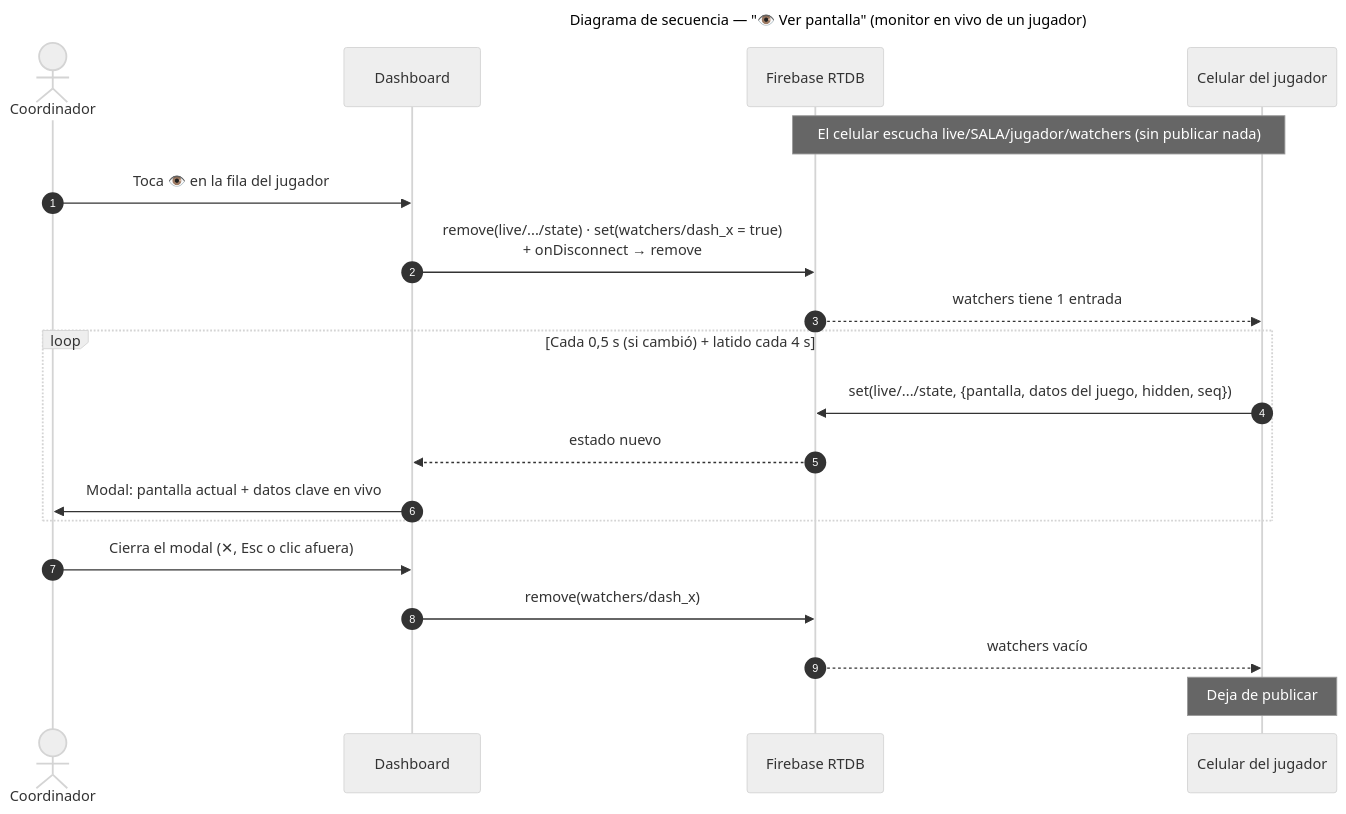
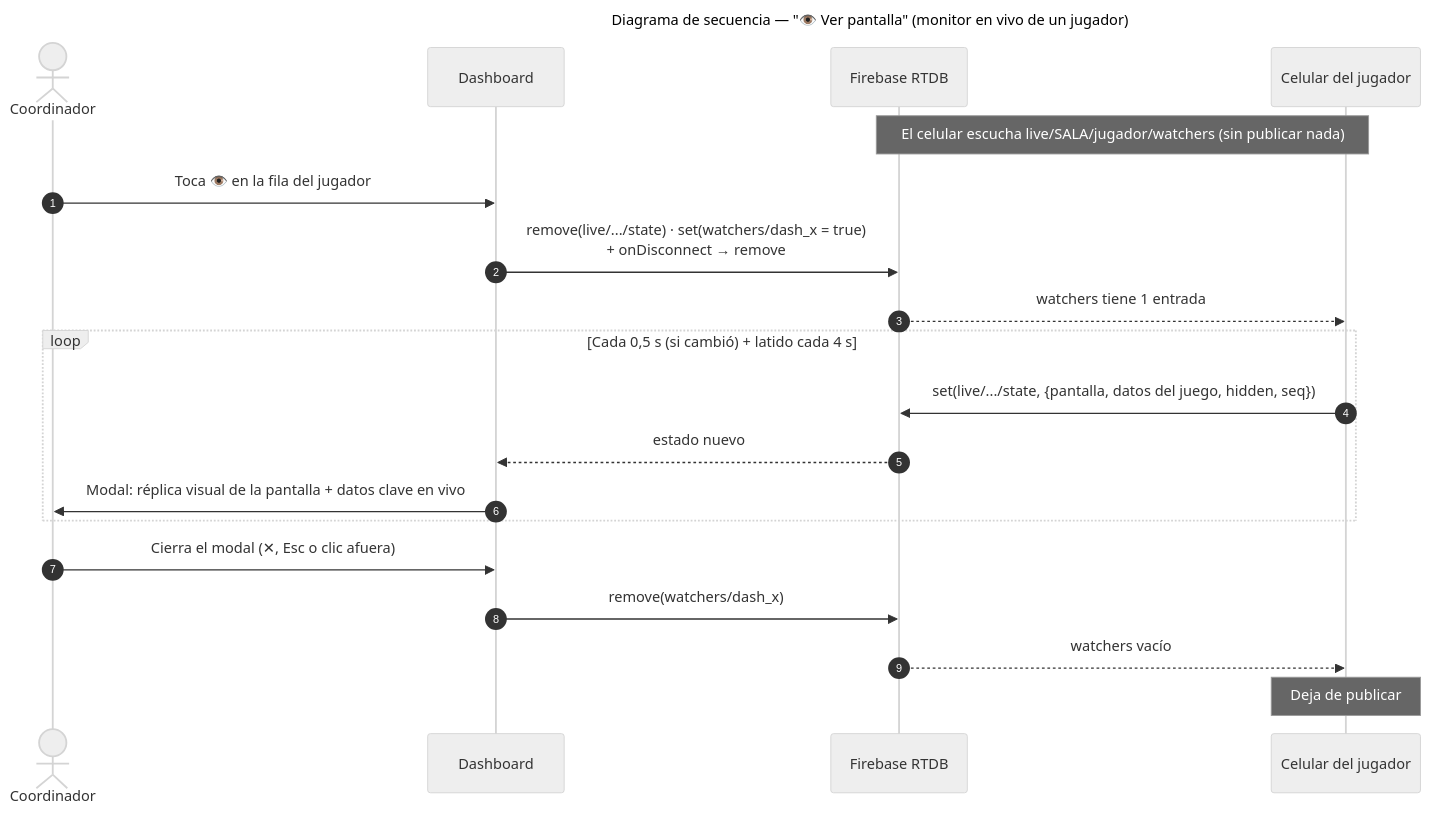
The diagram in docs/diagramas/fuentes/13-secuencia-monitor.mmd (morphine75/escape_room), drawn with Mermaid (neutral theme) before and after one commit. The commit also changed 11 other files, not shown here.

```diff
--- a/docs/diagramas/fuentes/13-secuencia-monitor.mmd
+++ b/docs/diagramas/fuentes/13-secuencia-monitor.mmd
@@ -1,22 +1,22 @@
 ---
 title: Diagrama de secuencia — "👁️ Ver pantalla" (monitor en vivo de un jugador)
 ---
 sequenceDiagram
   autonumber
   actor C as Coordinador
   participant D as Dashboard
   participant FB as Firebase RTDB
   participant P as Celular del jugador
   Note over P,FB: El celular escucha live/SALA/jugador/watchers (sin publicar nada)
   C->>D: Toca 👁️ en la fila del jugador
   D->>FB: remove(live/.../state) · set(watchers/dash_x = true)<br/>+ onDisconnect → remove
   FB-->>P: watchers tiene 1 entrada
   loop Cada 0,5 s (si cambió) + latido cada 4 s
     P->>FB: set(live/.../state, {pantalla, datos del juego, hidden, seq})
     FB-->>D: estado nuevo
-    D->>C: Modal: pantalla actual + datos clave en vivo
+    D->>C: Modal: réplica visual de la pantalla + datos clave en vivo
   end
   C->>D: Cierra el modal (✕, Esc o clic afuera)
   D->>FB: remove(watchers/dash_x)
   FB-->>P: watchers vacío
   Note over P: Deja de publicar
```
